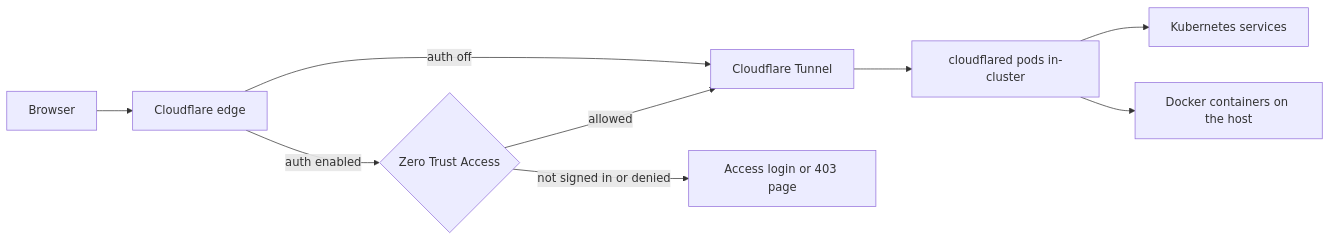
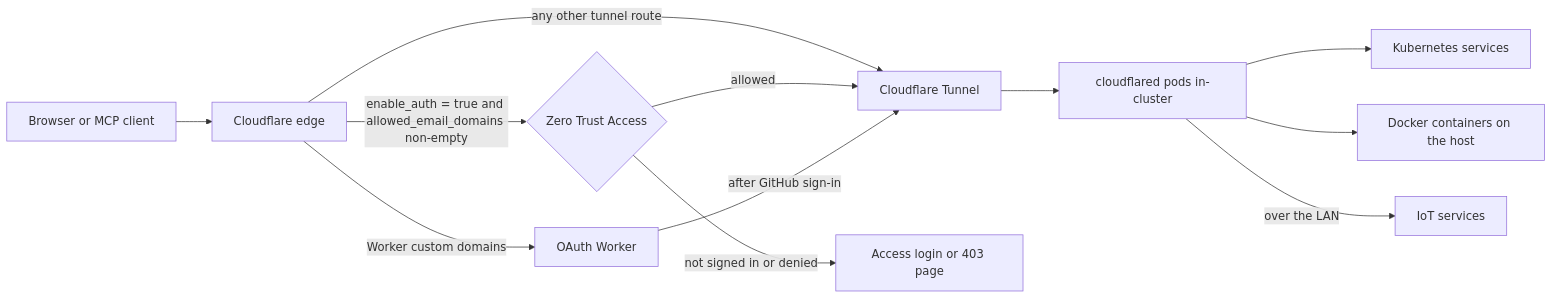
Before and after one commit to rainforest-dev/rainforest-homelab: the diagram in README.md, drawn with Mermaid. The commit also changed other lines of this file, not shown here.

First line of the commit message:
docs: correct how Access gating and the OAuth Worker deploy actually work

````diff
--- a/README.md
+++ b/README.md
@@ -19,11 +20,14 @@
 ```mermaid
 flowchart LR
-  U[Browser] --> CF[Cloudflare edge]
-  CF -- auth enabled --> ZT{Zero Trust Access}
-  CF -- auth off --> T
+  U[Browser or MCP client] --> CF[Cloudflare edge]
+  CF -->|"enable_auth = true and allowed_email_domains non-empty"| ZT{Zero Trust Access}
+  CF -- any other tunnel route --> T
+  CF -- Worker custom domains --> W[OAuth Worker]
   ZT -- allowed --> T[Cloudflare Tunnel]
   ZT -- not signed in or denied --> X[Access login or 403 page]
+  W -- after GitHub sign-in --> T
   T --> CD[cloudflared pods in-cluster]
   CD --> K[Kubernetes services]
   CD --> D[Docker containers on the host]
+  CD -- over the LAN --> I[IoT services]
 ```
````
